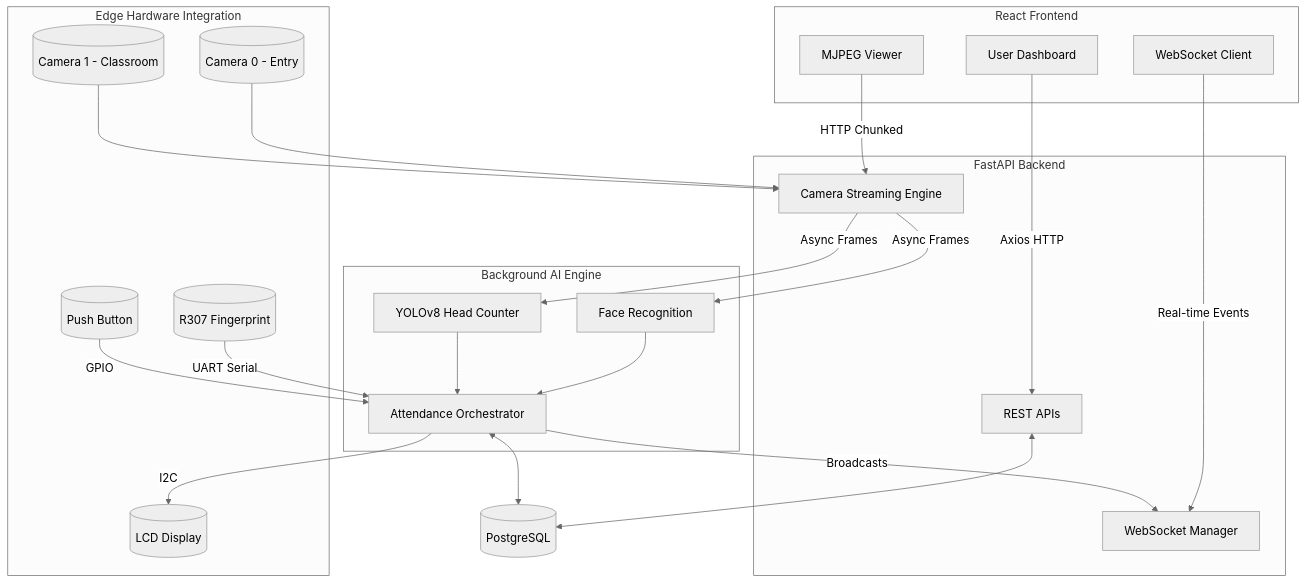
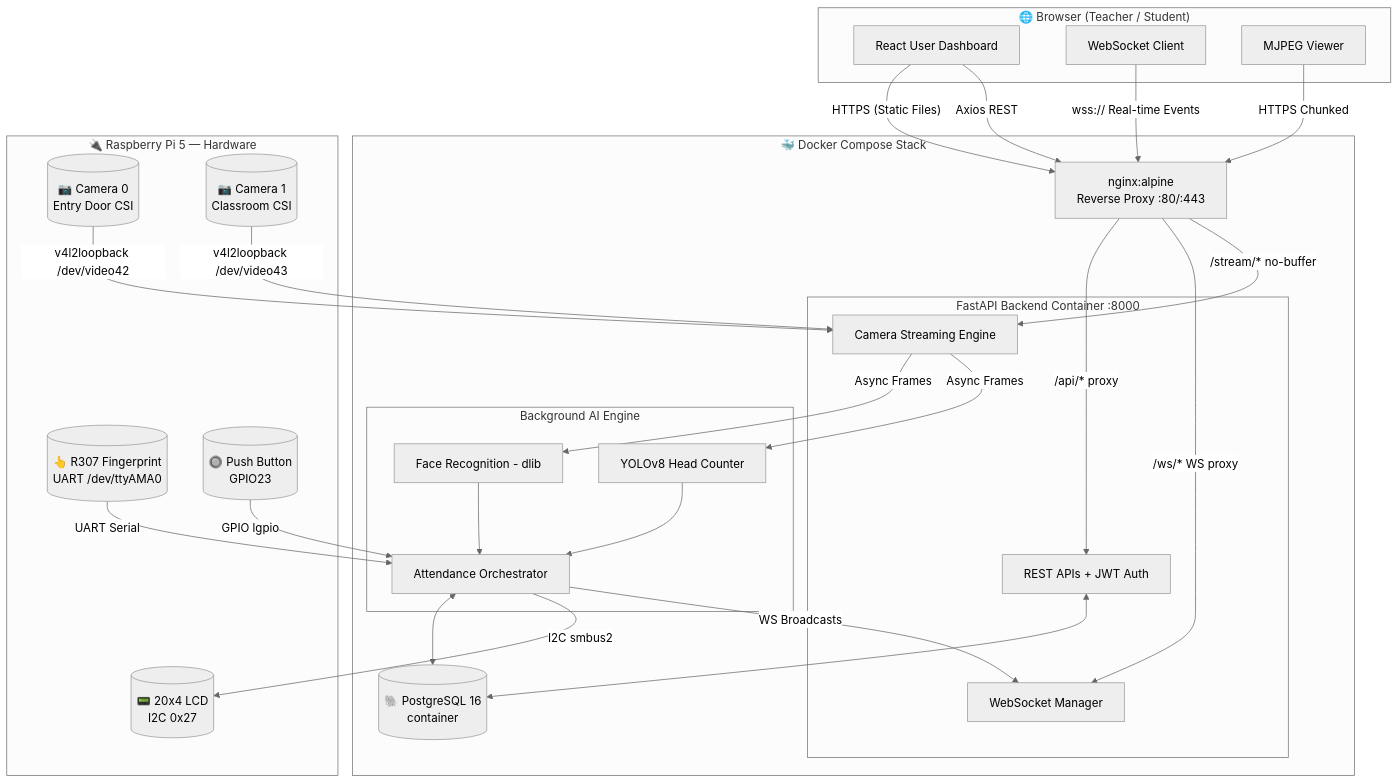
The first of 2 diagrams in README.md (AbirHasanArko/ClassOS), drawn with Mermaid (neutral theme) before and after one commit. The commit also changed other lines of this file and 3 other files, not shown here.

Commit message:
docs: generate project report, user guide, and update README architecture

````diff
--- a/README.md
+++ b/README.md
@@ -110,51 +153,63 @@
 ```mermaid
 graph TD
-    subgraph Frontend [React Frontend]
-        UI[User Dashboard]
+    subgraph Client ["🌐 Browser (Teacher / Student)"]
+        UI[React User Dashboard]
         WS_Client[WebSocket Client]
         Stream_Viewer[MJPEG Viewer]
     end
 
-    subgraph Backend [FastAPI Backend]
-        API[REST APIs]
-        WS_Mgr[WebSocket Manager]
-        Stream_Serv[Camera Streaming Engine]
+    subgraph Docker ["🐳 Docker Compose Stack"]
+        Nginx["nginx:alpine\nReverse Proxy :80/:443"]
+        
+        subgraph Backend ["FastAPI Backend Container :8000"]
+            API[REST APIs + JWT Auth]
+            WS_Mgr[WebSocket Manager]
+            Stream_Serv[Camera Streaming Engine]
+        end
+
+        subgraph AI_Engine ["Background AI Engine"]
+            Face[Face Recognition - dlib]
+            Yolo[YOLOv8 Head Counter]
+            Orchestrator[Attendance Orchestrator]
+        end
+
+        DB[("🐘 PostgreSQL 16\ncontainer")]
     end
 
-    subgraph AI_Engine [Background AI Engine]
-        Face[Face Recognition]
-        Yolo[YOLOv8 Head Counter]
-        Orchestrator[Attendance Orchestrator]
+    subgraph Hardware ["🔌 Raspberry Pi 5 — Hardware"]
+        Cam0[("📷 Camera 0\nEntry Door CSI")]
+        Cam1[("📷 Camera 1\nClassroom CSI")]
+        R307[("👆 R307 Fingerprint\nUART /dev/ttyAMA0")]
+        Button[("🔘 Push Button\nGPIO23")]
+        LCD[("📟 20x4 LCD\nI2C 0x27")]
     end
 
-    subgraph Hardware [Edge Hardware Integration]
-        Cam0[(Camera 0 - Entry)]
-        Cam1[(Camera 1 - Classroom)]
-        R307[(R307 Fingerprint)]
-        Button[(Push Button)]
-        LCD[(LCD Display)]
-    end
+    %% Client to Nginx (Entrypoint)
+    UI -- "HTTPS (Static Files)" --> Nginx
+    UI -- "Axios REST" --> Nginx
+    WS_Client -- "wss:// Real-time Events" --> Nginx
+    Stream_Viewer -- "HTTPS Chunked" --> Nginx
 
-    DB[(PostgreSQL)]
+    %% Nginx proxying to Backend
+    Nginx -- "/api/* proxy" --> API
+    Nginx -- "/ws/* WS proxy" --> WS_Mgr
+    Nginx -- "/stream/* no-buffer" --> Stream_Serv
 
-    %% Connections
-    UI -- Axios HTTP --> API
-    WS_Client -- Real-time Events --> WS_Mgr
-    Stream_Viewer -- HTTP Chunked --> Stream_Serv
-
+    %% Backend to DB
     API <--> DB
     Orchestrator <--> DB
 
-    Cam0 --> Stream_Serv
-    Cam1 --> Stream_Serv
-    Stream_Serv -- Async Frames --> Face
-    Stream_Serv -- Async Frames --> Yolo
+    %% Hardware to Backend
+    Cam0 -- "v4l2loopback /dev/video42" --> Stream_Serv
+    Cam1 -- "v4l2loopback /dev/video43" --> Stream_Serv
+    Stream_Serv -- "Async Frames" --> Face
+    Stream_Serv -- "Async Frames" --> Yolo
     
     Face --> Orchestrator
     Yolo --> Orchestrator
-    R307 -- UART Serial --> Orchestrator
-    Button -- GPIO --> Orchestrator
-    Orchestrator -- I2C --> LCD
+    R307 -- "UART Serial" --> Orchestrator
+    Button -- "GPIO lgpio" --> Orchestrator
+    Orchestrator -- "I2C smbus2" --> LCD
 
-    Orchestrator -- Broadcasts --> WS_Mgr
+    Orchestrator -- "WS Broadcasts" --> WS_Mgr
 ```
````
